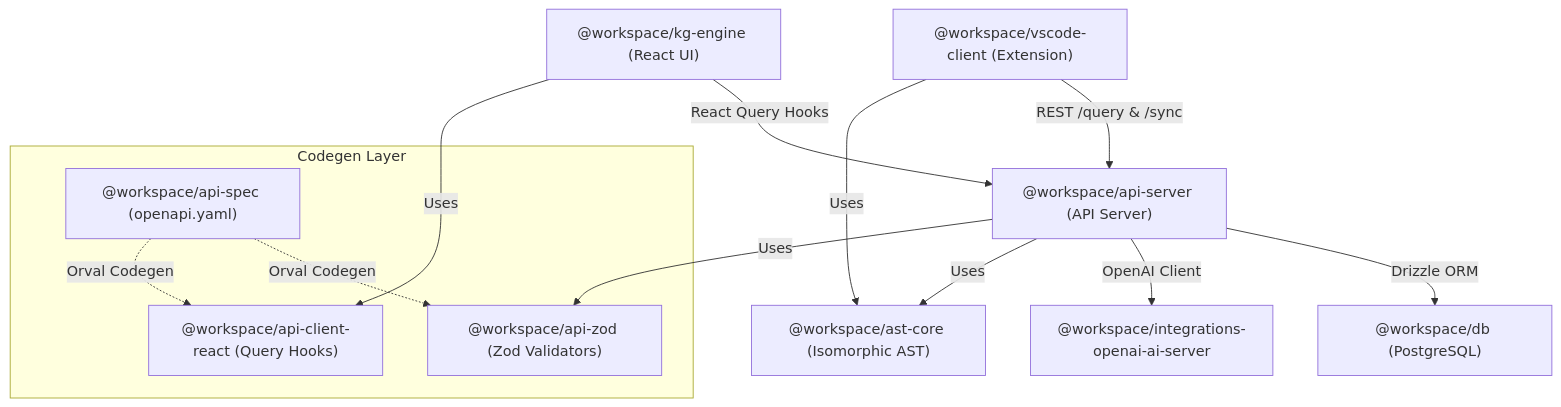
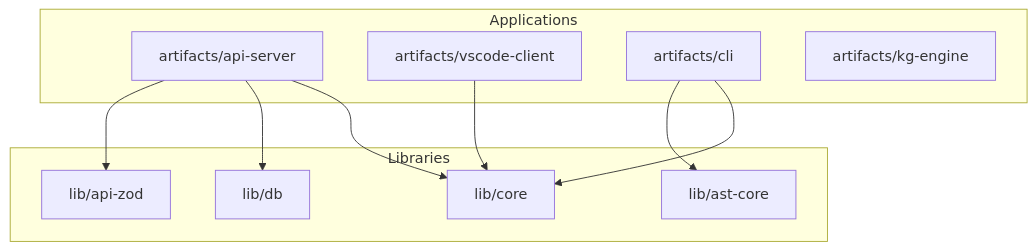
Before and after one commit to dyphn1/Docuvia: the first of 4 diagrams in docs/gitbook/architecture/building-blocks.md, drawn with Mermaid. The commit also changed other lines of this file and 113 other files, not shown here.

First line of the commit message:
refactor(docs): reorganize roadmap and arch docs

````diff
--- a/docs/gitbook/architecture/building-blocks.md
+++ b/docs/gitbook/architecture/building-blocks.md
@@ -5,19 +9,23 @@
 ```mermaid
-graph TD
-    VSC["@workspace/vscode-client (Extension)"] -->|REST /query & /sync| API["@workspace/api-server (API Server)"]
-    KGE["@workspace/kg-engine (React UI)"] -->|React Query Hooks| API
-
-    API -->|Drizzle ORM| DB["@workspace/db (PostgreSQL)"]
-    API -->|OpenAI Client| LLM["@workspace/integrations-openai-ai-server"]
-
-    subgraph Codegen Layer
-        SPEC["@workspace/api-spec (openapi.yaml)"] -.->|Orval Codegen| ZOD["@workspace/api-zod (Zod Validators)"]
-        SPEC -.->|Orval Codegen| CLI["@workspace/api-client-react (Query Hooks)"]
+flowchart TD
+    subgraph Applications
+        API[artifacts/api-server]
+        VSC[artifacts/vscode-client]
+        CLI[artifacts/cli]
+        UI[artifacts/kg-engine]
     end
 
-    API -->|Uses| ZOD
-    KGE -->|Uses| CLI
+    subgraph Libraries
+        Core[lib/core]
+        DB[lib/db]
+        AST[lib/ast-core]
+        Zod[lib/api-zod]
+    end
 
-    VSC -->|Uses| AST["@workspace/ast-core (Isomorphic AST)"]
-    API -->|Uses| AST
+    API --> Core
+    API --> DB
+    API --> Zod
+    VSC --> Core
+    CLI --> Core
+    CLI --> AST
 ```
````
